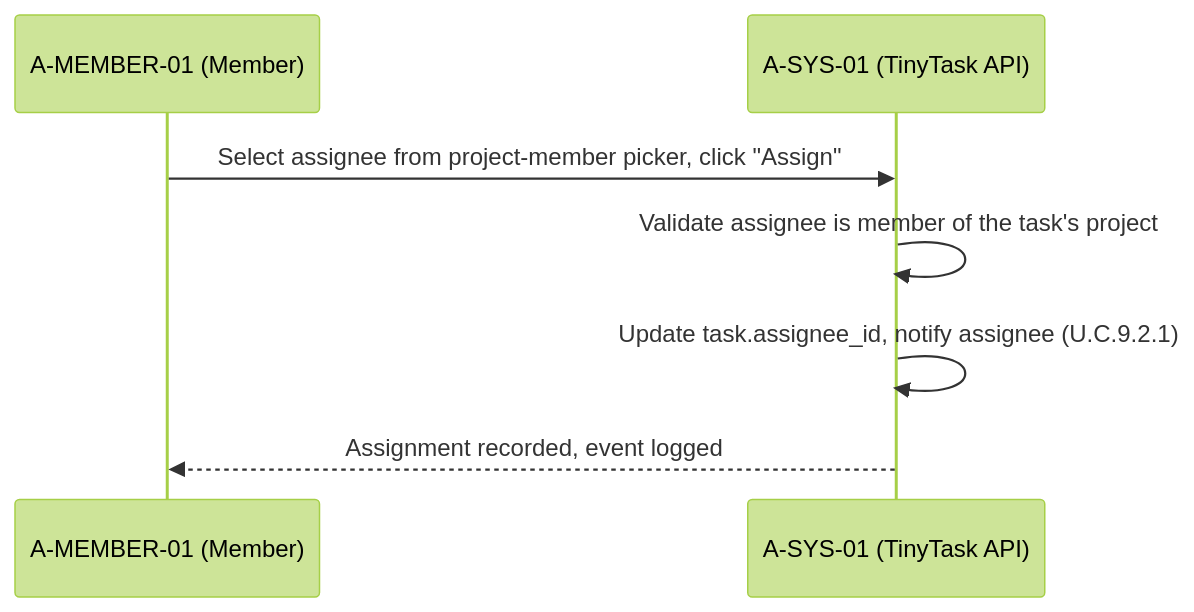
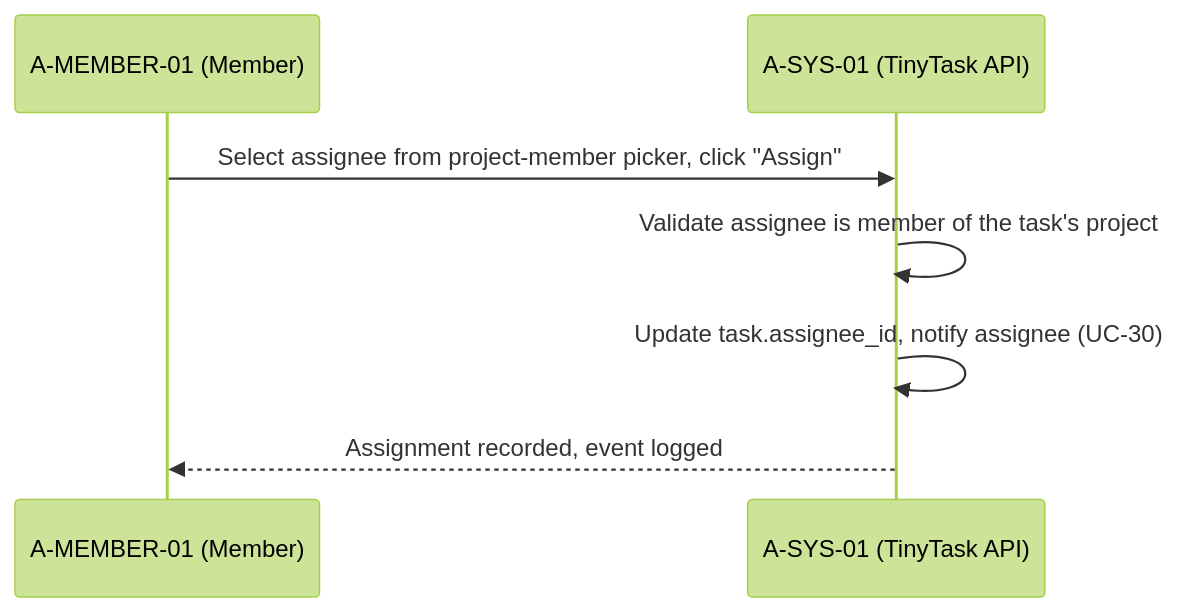
Before and after one commit to pauloribeiro16/Methodology_compact: the ninth of 23 diagrams in 02_CASES/Case_01_TinyTask_SaaS/03_PHASE3_DECOMPOSITION_RICH/annexes/B_Sequence_Diagrams.md, drawn with Mermaid (forest theme). The commit also changed other lines of this file and 34 other files, not shown here.

Commit message:
[EXECUTOR] F2 RENUMBER Case_01: U.C.x.y.z flattened → UC-01..40 (compliance 01..17 + product 18..40), two-phase, 20 files, xlsx+builder regenerated, 11 SVGs re-rendered; gates PASS (verify_rich 0, audit 100%, mermaid 192/192, smoke 16/16)

````diff
--- a/02_CASES/Case_01_TinyTask_SaaS/03_PHASE3_DECOMPOSITION_RICH/annexes/B_Sequence_Diagrams.md
+++ b/02_CASES/Case_01_TinyTask_SaaS/03_PHASE3_DECOMPOSITION_RICH/annexes/B_Sequence_Diagrams.md
@@ -122,9 +123,9 @@
 ```mermaid
 sequenceDiagram
     participant M as A-MEMBER-01 (Member)
     participant SYS as A-SYS-01 (TinyTask API)
     M->>SYS: Select assignee from project-member picker, click "Assign"
     SYS->>SYS: Validate assignee is member of the task's project
-    SYS->>SYS: Update task.assignee_id, notify assignee (U.C.9.2.1)
+    SYS->>SYS: Update task.assignee_id, notify assignee (UC-30)
     SYS-->>M: Assignment recorded, event logged
 ```
````
